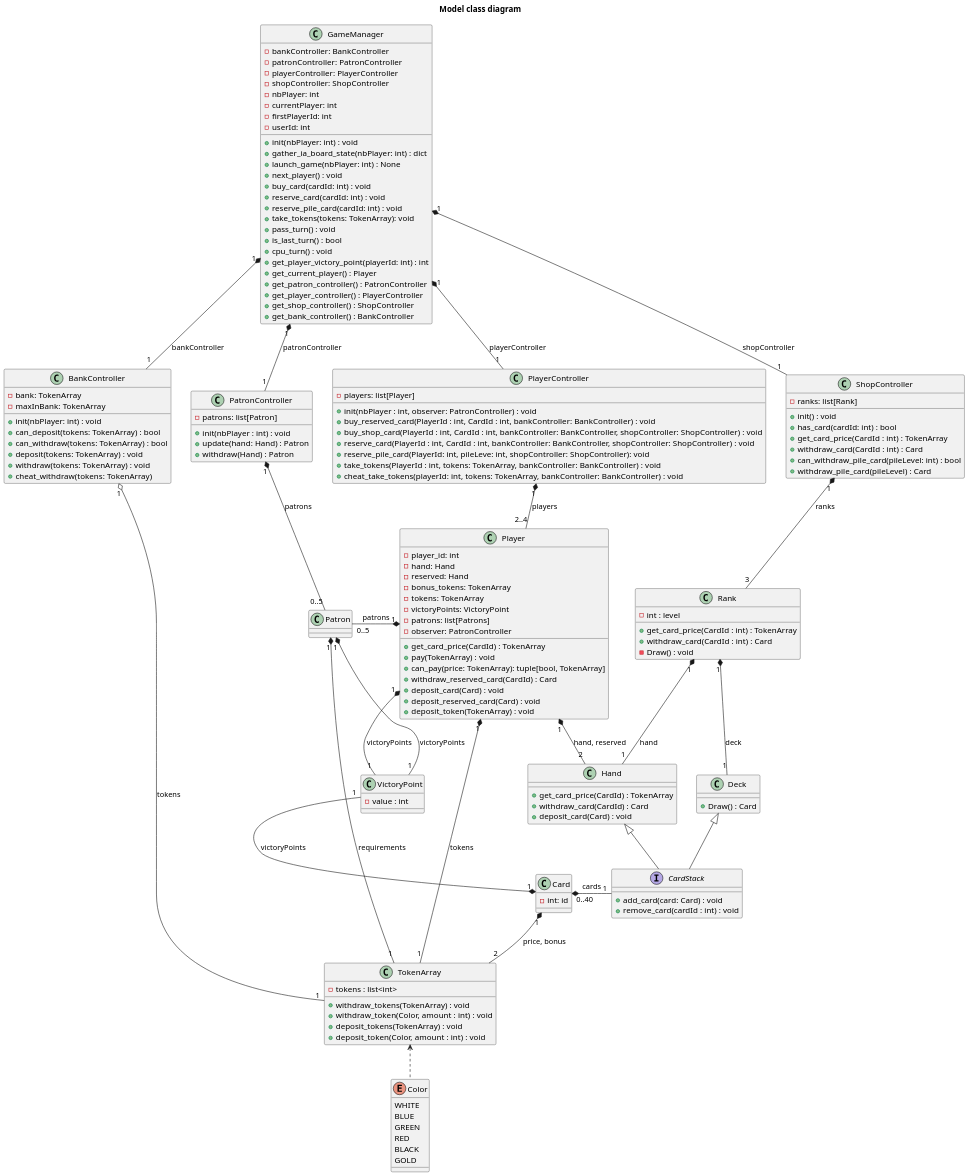
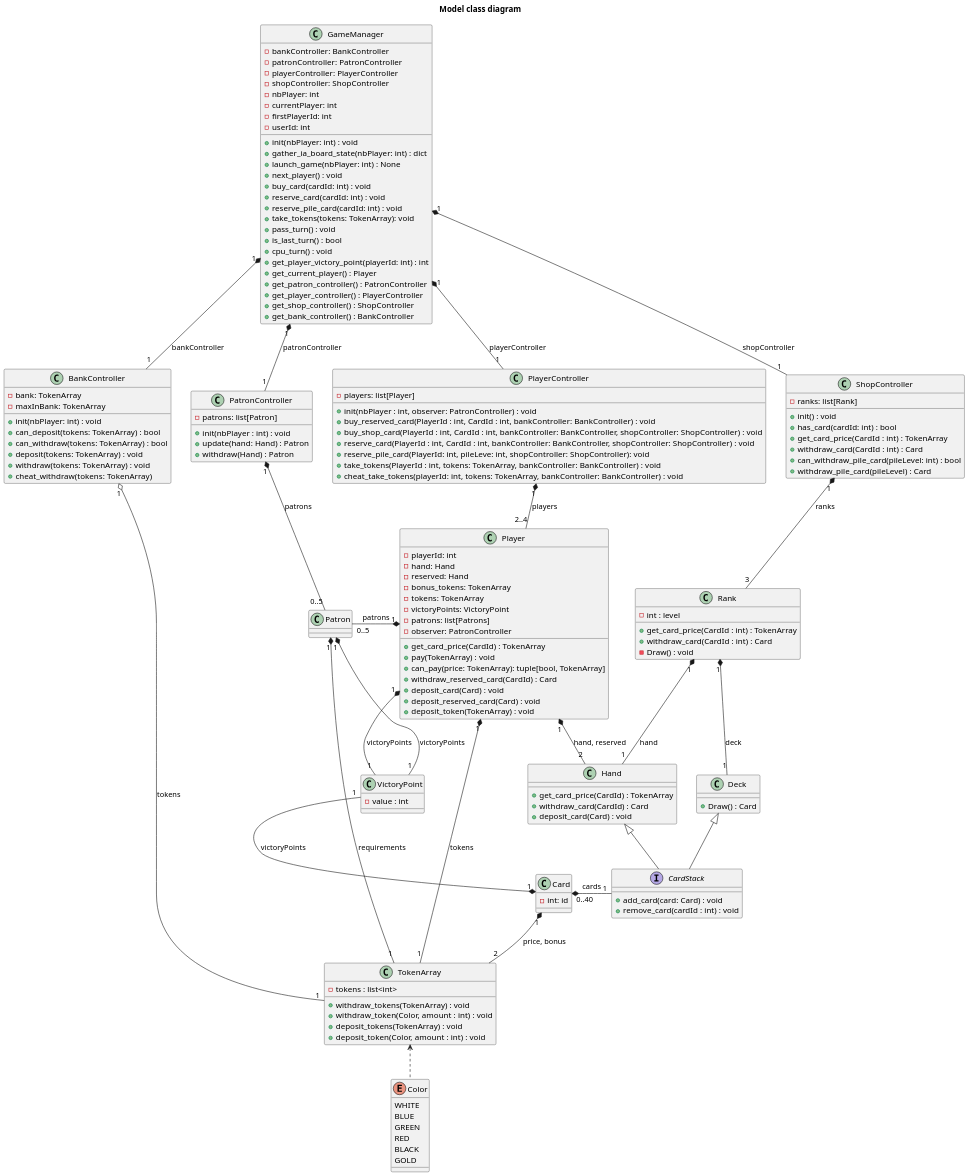
Before and after one commit to kalharko/splendia: the diagram in Documentation/Technical Specifications/ClassDiagram.puml, drawn with PlantUML. The commit also changed 26 other files, not shown here.

```diff
--- a/Documentation/Technical Specifications/ClassDiagram.puml
+++ b/Documentation/Technical Specifications/ClassDiagram.puml
@@ -1,190 +1,190 @@
 @startuml classDiagram
 title Model class diagram
 scale 1.5
 
 GameManager "1" *-- "1" BankController : bankController
 GameManager "1" *-- "1" PatronController : patronController
 GameManager "1" *-- "1" PlayerController : playerController
 GameManager "1" *-- "1" ShopController : shopController
 
 BankController "1" o-down- "1" TokenArray : tokens
 
 PatronController "1" *-- "0..5" Patron : patrons
 Patron "1" *-- "1" TokenArray : requirements
 
 PlayerController "1" *-- "2..4" Player : players
 Player "1" *-- "1" TokenArray : tokens
 Player "1" *-- "2" Hand : hand, reserved
 Player "1" *-- "0..5" Patron : patrons
 
 ShopController "1" *-- "3" Rank : ranks
 Rank "1" *-- "1" Hand : hand
 Rank "1" *-- "1" Deck : deck
 
 Deck <|-d- CardStack
 Hand <|-- CardStack
 Hand *-d[hidden]- Card
 
 Card "1" *-- "2" TokenArray : price, bonus
 TokenArray <.. Color
 
 
 BankController .r[hidden]. PatronController
 PatronController .r[hidden]. PlayerController
 PlayerController .r[hidden]. ShopController
 
 Patron .r[hidden]. Player
 Player .r[hidden]. Rank
 
 ' VictoryPoint .u[hidden]. Player
 VictoryPoint "1" -u-* "1" Player : victoryPoints
 VictoryPoint "1" -[norank]-* "1" Patron : victoryPoints
 VictoryPoint "1" -[norank]-* "1" Card : victoryPoints
 
 CardStack "1" -l-* "0..40" Card : cards
 
 
 
 
 class GameManager {
     -bankController: BankController
     -patronController: PatronController
     -playerController: PlayerController
     -shopController: ShopController
     -nbPlayer: int
     -currentPlayer: int
     -firstPlayerId: int
     -userId: int
     +init(nbPlayer: int) : void
     +gather_ia_board_state(nbPlayer: int) : dict
     +launch_game(nbPlayer: int) : None
     +next_player() : void
     +buy_card(cardId: int) : void
     +reserve_card(cardId: int) : void
     +reserve_pile_card(cardId: int) : void
     +take_tokens(tokens: TokenArray): void
     +pass_turn() : void
     +is_last_turn() : bool
     +cpu_turn() : void
     +get_player_victory_point(playerId: int) : int
     +get_current_player() : Player
     +get_patron_controller() : PatronController
     +get_player_controller() : PlayerController
     +get_shop_controller() : ShopController
     +get_bank_controller() : BankController
 }
 
 
 class BankController {
     -bank: TokenArray
     -maxInBank: TokenArray
     +init(nbPlayer: int) : void
     +can_deposit(tokens: TokenArray) : bool
     +can_withdraw(tokens: TokenArray) : bool
     +deposit(tokens: TokenArray) : void
     +withdraw(tokens: TokenArray) : void
     +cheat_withdraw(tokens: TokenArray)
 }
 
 class PatronController {
     -patrons: list[Patron]
     +init(nbPlayer : int) : void
     +update(hand: Hand) : Patron
     +withdraw(Hand) : Patron
 }
 
 class PlayerController {
     -players: list[Player]
     +init(nbPlayer : int, observer: PatronController) : void
     +buy_reserved_card(PlayerId : int, CardId : int, bankController: BankController) : void
     +buy_shop_card(PlayerId : int, CardId : int, bankController: BankController, shopController: ShopController) : void
     +reserve_card(PlayerId : int, CardId : int, bankController: BankController, shopController: ShopController) : void
     +reserve_pile_card(PlayerId: int, pileLeve: int, shopController: ShopController): void
     +take_tokens(PlayerId : int, tokens: TokenArray, bankController: BankController) : void
     +cheat_take_tokens(playerId: int, tokens: TokenArray, bankController: BankController) : void
 }
 
 class ShopController {
     -ranks: list[Rank]
     +init() : void
     +has_card(cardId: int) : bool
     +get_card_price(CardId : int) : TokenArray
     +withdraw_card(CardId : int) : Card
     +can_withdraw_pile_card(pileLevel: int) : bool
     +withdraw_pile_card(pileLevel) : Card
 }
 
 
 
 
 class Player {
-    -player_id: int
+    -playerId: int
     -hand: Hand
     -reserved: Hand
     -bonus_tokens: TokenArray
     -tokens: TokenArray
     -victoryPoints: VictoryPoint
     -patrons: list[Patrons]
     -observer: PatronController
     +get_card_price(CardId) : TokenArray
     +pay(TokenArray) : void
     +can_pay(price: TokenArray): tuple[bool, TokenArray]
     +withdraw_reserved_card(CardId) : Card
     +deposit_card(Card) : void
     +deposit_reserved_card(Card) : void
     +deposit_token(TokenArray) : void
 }
 
 class Rank {
     -int : level
     +get_card_price(CardId : int) : TokenArray
     +withdraw_card(CardId : int) : Card
     -Draw() : void
 }
 
 interface CardStack {
     +add_card(card: Card) : void
     +remove_card(cardId : int) : void
 }
 
 class Hand {
     +get_card_price(CardId) : TokenArray
     +withdraw_card(CardId) : Card
     +deposit_card(Card) : void
 }
 
 class Deck {
     +Draw() : Card
 }
 
 class Card {
     -int: id
 }
 
 
 class VictoryPoint {
     -value : int
 }
 
 class Patron {
 }
 
 class TokenArray {
     -tokens : list<int>
     +withdraw_tokens(TokenArray) : void
     +withdraw_token(Color, amount : int) : void
     +deposit_tokens(TokenArray) : void
     +deposit_token(Color, amount : int) : void
 }
 
 
 enum Color {
     WHITE
     BLUE
     GREEN
     RED
     BLACK
     GOLD
 }
 
 @enduml
```
